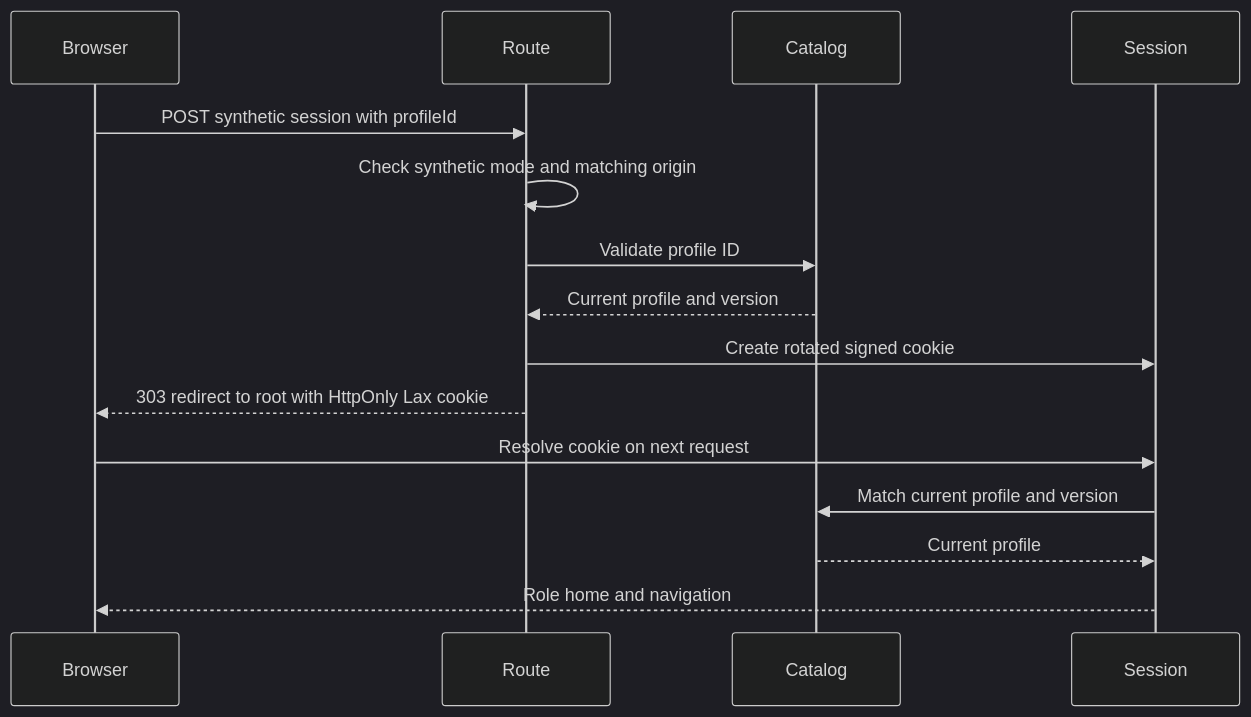
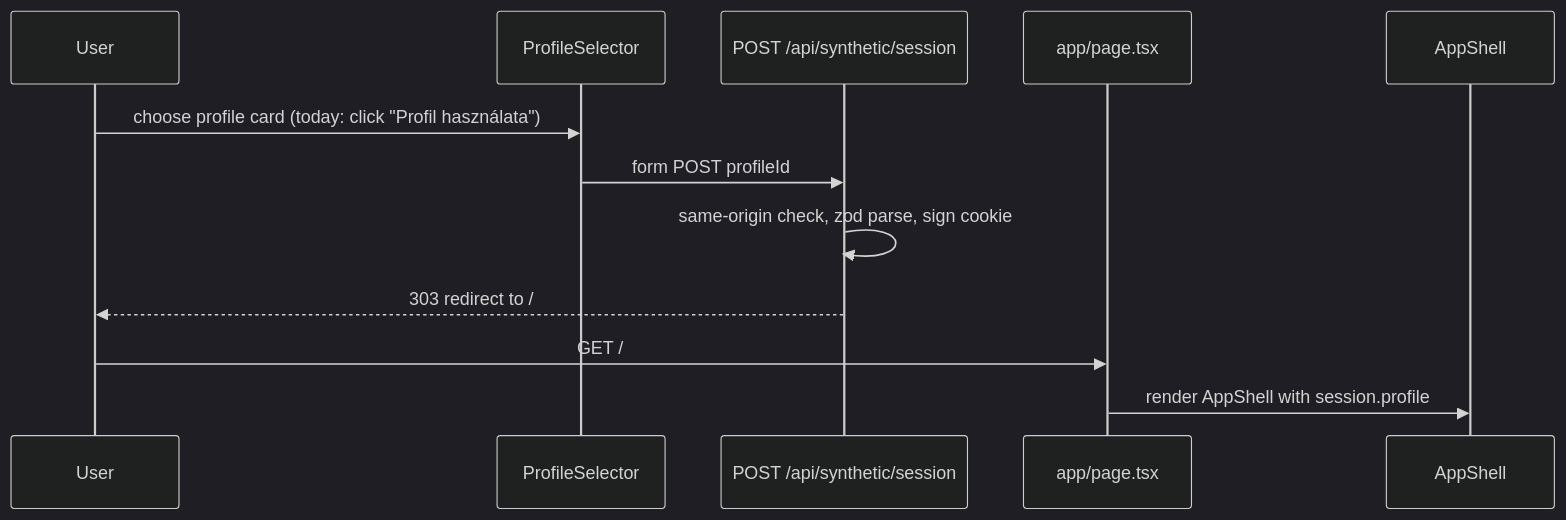
One commit to bbotond83/waldorf-community-task-manager changed the second of 4 diagrams in aidlc/spaces/default/codekb/waldorf-community-task-manager/architecture.md. Above: the diagram before and after it, drawn with Mermaid (dark theme). The commit also changed other lines of this file and 55 other files, not shown here.

````diff
--- a/aidlc/spaces/default/codekb/waldorf-community-task-manager/architecture.md
+++ b/aidlc/spaces/default/codekb/waldorf-community-task-manager/architecture.md
@@ -46,17 +67,14 @@
 ```mermaid
 sequenceDiagram
-    participant Browser
-    participant Route
-    participant Catalog
-    participant Session
-    Browser->>Route: POST synthetic session with profileId
-    Route->>Route: Check synthetic mode and matching origin
-    Route->>Catalog: Validate profile ID
-    Catalog-->>Route: Current profile and version
-    Route->>Session: Create rotated signed cookie
-    Route-->>Browser: 303 redirect to root with HttpOnly Lax cookie
-    Browser->>Session: Resolve cookie on next request
-    Session->>Catalog: Match current profile and version
-    Catalog-->>Session: Current profile
-    Session-->>Browser: Role home and navigation
+  participant U as User
+  participant P as ProfileSelector
+  participant R as POST /api/synthetic/session
+  participant H as app/page.tsx
+  participant S as AppShell
+  U->>P: choose profile card (today: click "Profil használata")
+  P->>R: form POST profileId
+  R->>R: same-origin check, zod parse, sign cookie
+  R-->>U: 303 redirect to /
+  U->>H: GET /
+  H->>S: render AppShell with session.profile
 ```
````
